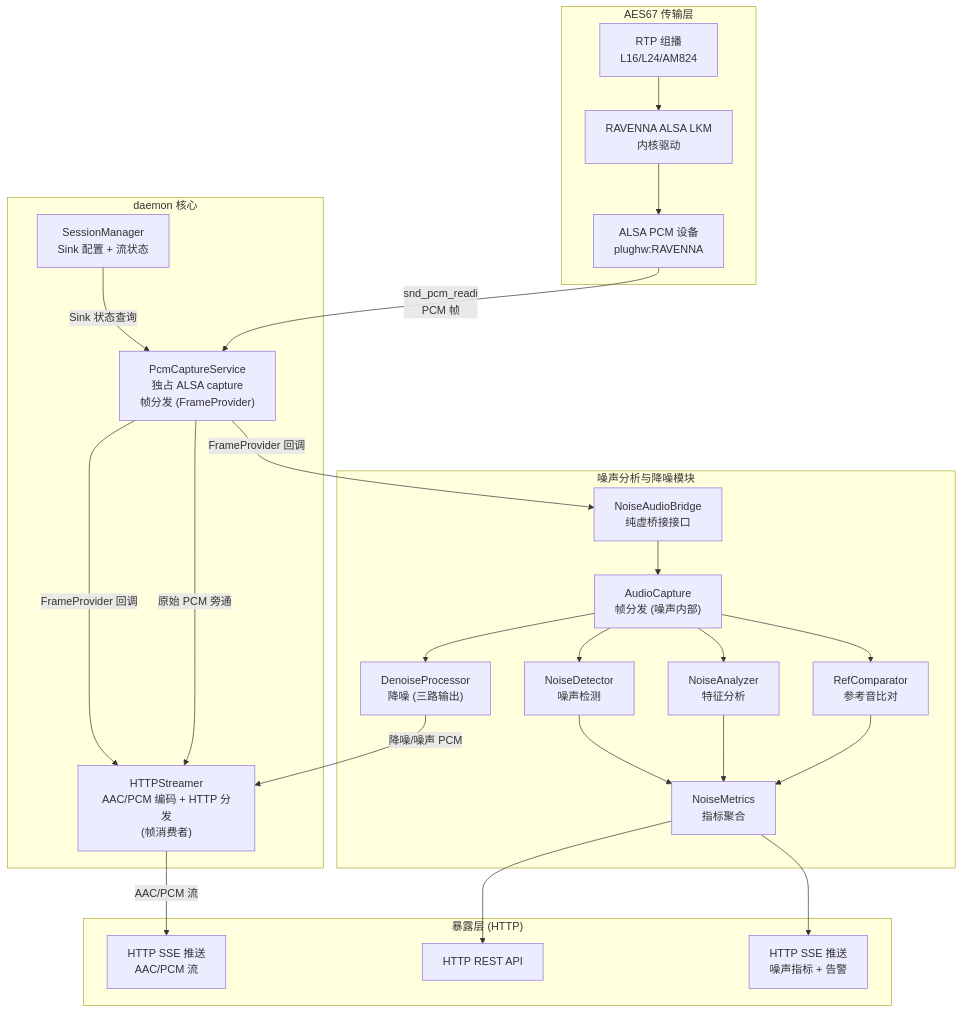
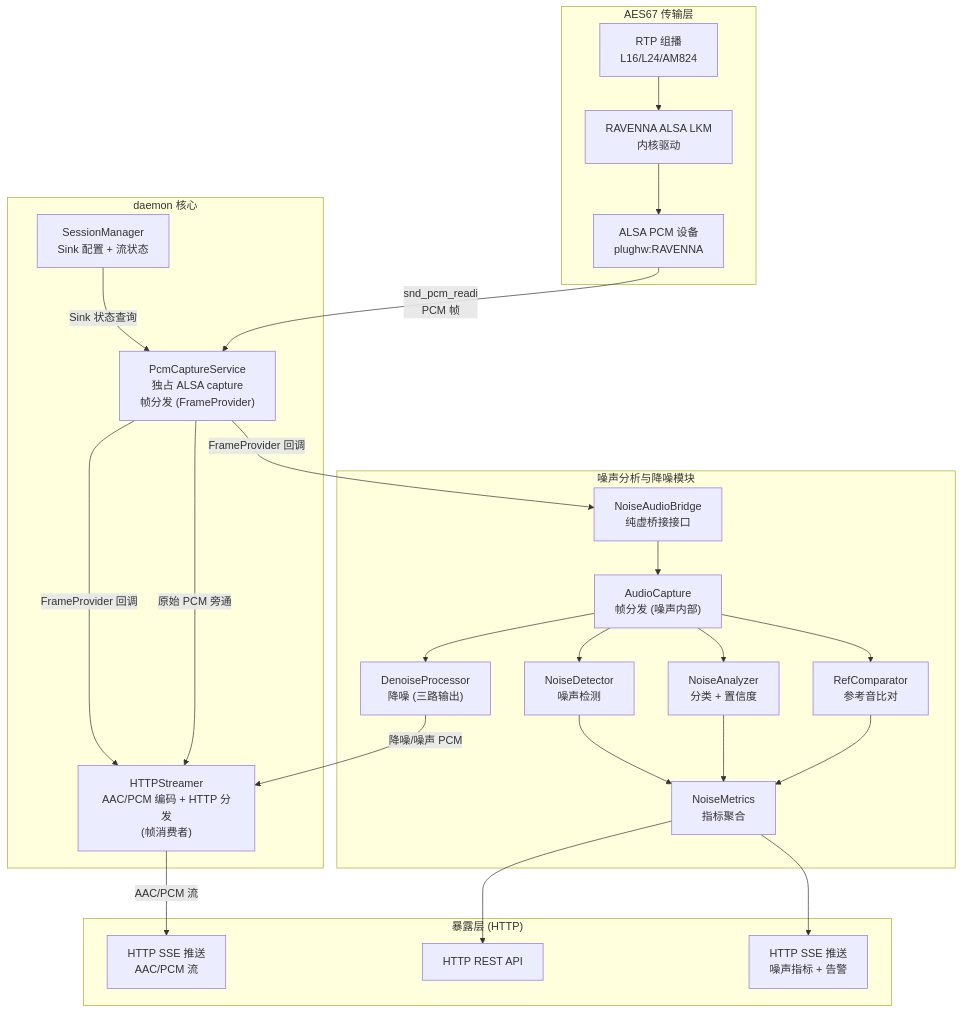
The second of 5 diagrams in docs/noise/architecture-design.md (JunJunHub/aes67-linux-daemon), drawn with Mermaid before and after one commit. The commit also changed other lines of this file, not shown here.

First line of the commit message:
docs(noise): NoiseAnalyzer 增加置信度评估与输入源选择设计

````diff
--- a/docs/noise/architecture-design.md
+++ b/docs/noise/architecture-design.md
@@ -174,44 +174,44 @@
 ```mermaid
 flowchart TB
     subgraph AES67["AES67 传输层"]
         RTP["RTP 组播<br/>L16/L24/AM824"]
         LKM["RAVENNA ALSA LKM<br/>内核驱动"]
         ALSA["ALSA PCM 设备<br/>plughw:RAVENNA"]
     end
 
     subgraph CORE["daemon 核心"]
         SM["SessionManager<br/>Sink 配置 + 流状态"]
         PCS["PcmCaptureService<br/>独占 ALSA capture<br/>帧分发 (FrameProvider)"]
         STR["HTTPStreamer<br/>AAC/PCM 编码 + HTTP 分发<br/>(帧消费者)"]
     end
 
     subgraph NOISE["噪声分析与降噪模块"]
         BRIDGE_IF["NoiseAudioBridge<br/>纯虚桥接接口"]
         CAP["AudioCapture<br/>帧分发 (噪声内部)"]
         DET["NoiseDetector<br/>噪声检测"]
-        ANA["NoiseAnalyzer<br/>特征分析"]
+        ANA["NoiseAnalyzer<br/>分类 + 置信度"]
         DNR["DenoiseProcessor<br/>降噪 (三路输出)"]
         REF["RefComparator<br/>参考音比对"]
         MET["NoiseMetrics<br/>指标聚合"]
     end
 
     subgraph API["暴露层 (HTTP)"]
         AudioSSE["HTTP SSE 推送<br/>AAC/PCM 流"]
         HTTP["HTTP REST API"]
         NoiseSSE["HTTP SSE 推送<br/>噪声指标 + 告警"]
     end
 
     RTP --> LKM --> ALSA
     SM -->|Sink 状态查询| PCS
     ALSA -->|snd_pcm_readi<br/>PCM 帧| PCS
     PCS -->|FrameProvider 回调| STR
     PCS -->|FrameProvider 回调| BRIDGE_IF
     BRIDGE_IF --> CAP
     CAP --> DET & ANA & DNR & REF
     DET & ANA --> MET
     REF --> MET
     MET --> HTTP & NoiseSSE
     PCS -->|原始 PCM 旁通| STR
     DNR -->|降噪/噪声 PCM| STR
     STR -->|AAC/PCM 流| AudioSSE
 ```
````
